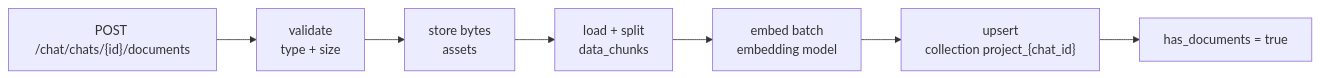
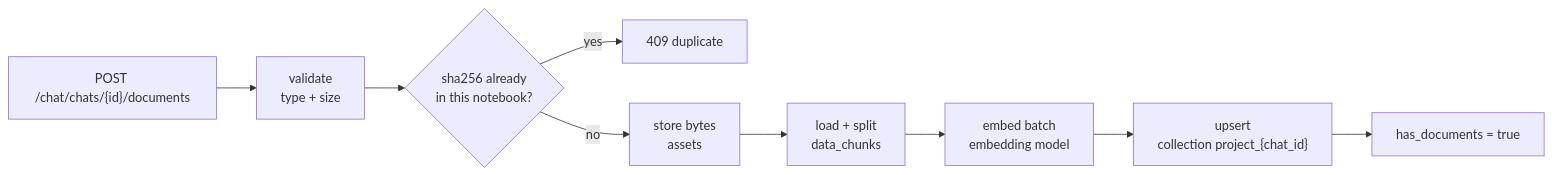
The third of 4 diagrams in README.md (omarTBakr/notebookllm-minus), drawn with Mermaid before and after one commit. The commit also changed other lines of this file, not shown here.

````diff
--- a/README.md
+++ b/README.md
@@ -215,9 +246,11 @@
 ```mermaid
 flowchart LR
     A["POST /chat/chats/{id}/documents"] --> B["validate<br/>type + size"]
-    B --> C["store bytes<br/>assets"]
+    B --> B2{"sha256 already<br/>in this notebook?"}
+    B2 -->|yes| B3["409 duplicate"]
+    B2 -->|no| C["store bytes<br/>assets"]
     C --> D["load + split<br/>data_chunks"]
     D --> E["embed batch<br/>embedding model"]
     E --> F["upsert<br/>collection project_{chat_id}"]
     F --> G["has_documents = true"]
 ```
````
